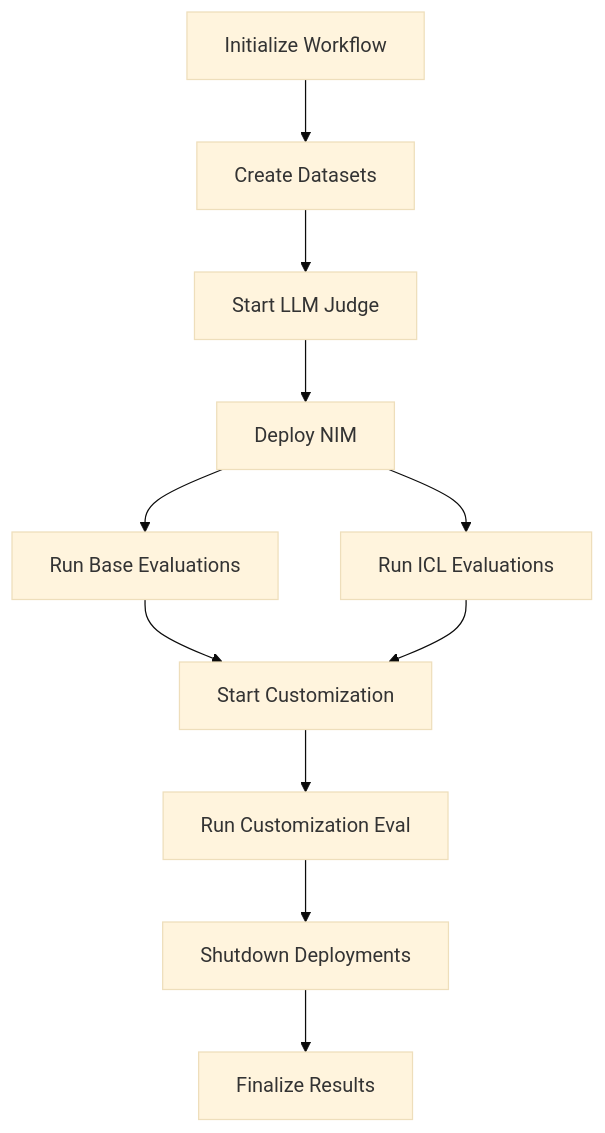
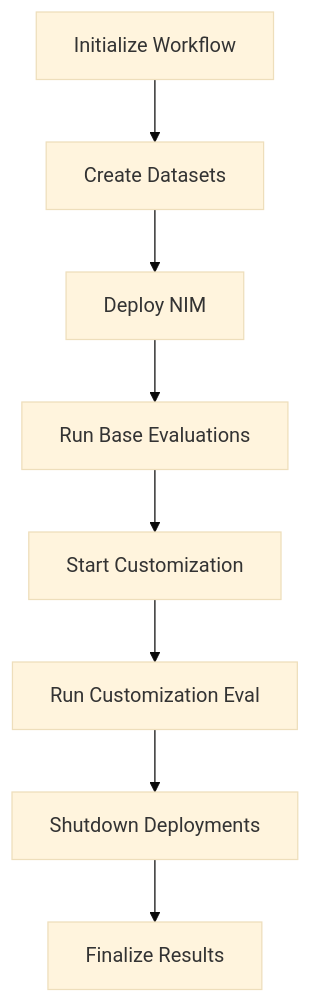
The first of 2 diagrams in docs/08-workflow-orchestration.md (bp-cicd-org/ai-model-distillation-for-financial-data), drawn with Mermaid (base theme) before and after one commit. The commit also changed other lines of this file and 15 other files, not shown here.

````diff
--- a/docs/08-workflow-orchestration.md
+++ b/docs/08-workflow-orchestration.md
@@ -11,13 +11,10 @@
 ```mermaid
 graph TD
     A[Initialize Workflow] --> B[Create Datasets]
-    B --> C[Start LLM Judge]
-    C --> D[Deploy NIM]
-    D --> E[Run Base Evaluations]
-    D --> F[Run ICL Evaluations]
-    E --> G[Start Customization]
-    F --> G
-    G --> H[Run Customization Eval]
-    H --> I[Shutdown Deployments]
-    I --> J[Finalize Results]
+    B --> C[Deploy NIM]
+    C --> D[Run Base Evaluations]
+    D --> E[Start Customization]
+    E --> F[Run Customization Eval]
+    F --> G[Shutdown Deployments]
+    G --> H[Finalize Results]
 ```
````
